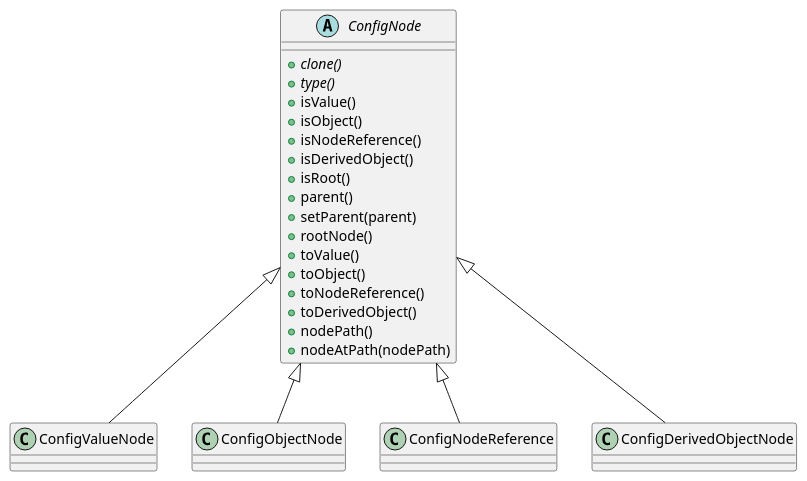
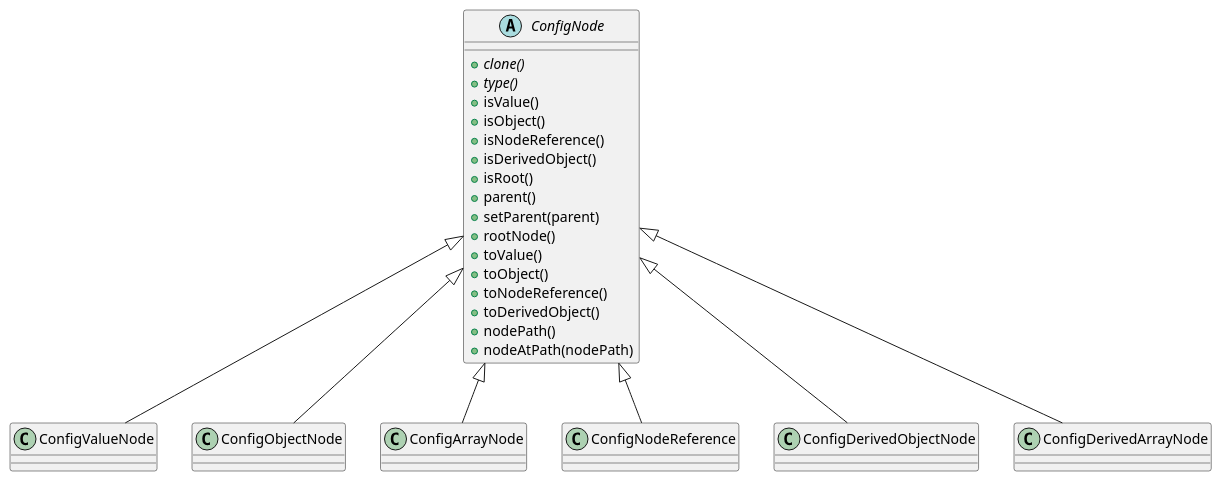
The first of 9 diagrams in docs/Diagrams/ClassDiagrams.plantuml (djurodrljaca/CppConfigFramework), drawn with PlantUML before and after one commit. The commit also changed other lines of this file and 11 other files, not shown here.

```diff
--- a/docs/Diagrams/ClassDiagrams.plantuml
+++ b/docs/Diagrams/ClassDiagrams.plantuml
@@ -1,25 +1,27 @@
 @startuml ConfigNode
 ConfigNode <|-- ConfigValueNode
 ConfigNode <|-- ConfigObjectNode
+ConfigNode <|-- ConfigArrayNode
 ConfigNode <|-- ConfigNodeReference
 ConfigNode <|-- ConfigDerivedObjectNode
+ConfigNode <|-- ConfigDerivedArrayNode
 
 abstract class ConfigNode {
     {abstract} +clone()
     {abstract} +type()
     +isValue()
     +isObject()
     +isNodeReference()
     +isDerivedObject()
     +isRoot()
     +parent()
     +setParent(parent)
     +rootNode()
     +toValue()
     +toObject()
     +toNodeReference()
     +toDerivedObject()
     +nodePath()
     +nodeAtPath(nodePath)
 }
 @enduml
```
